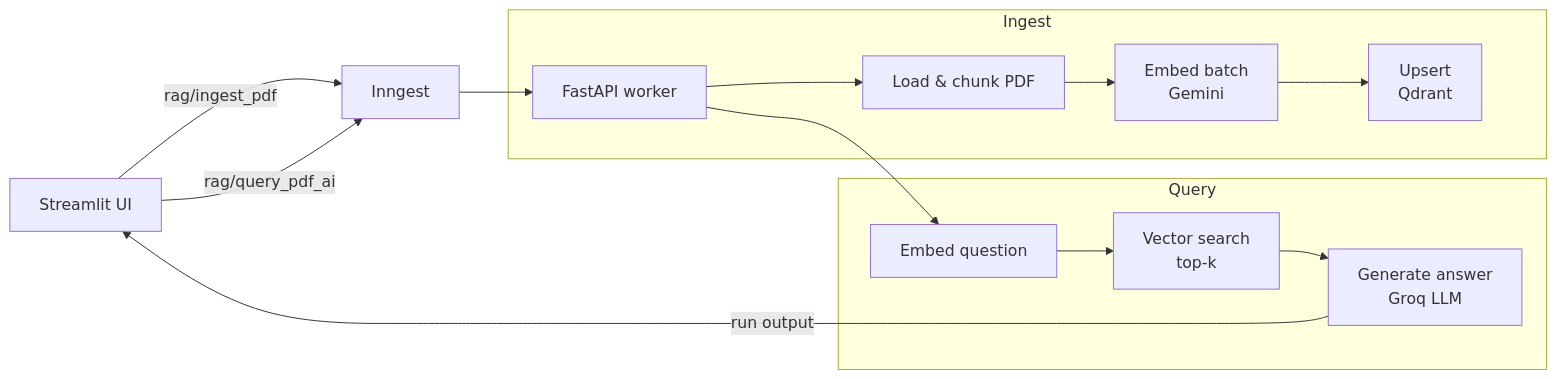
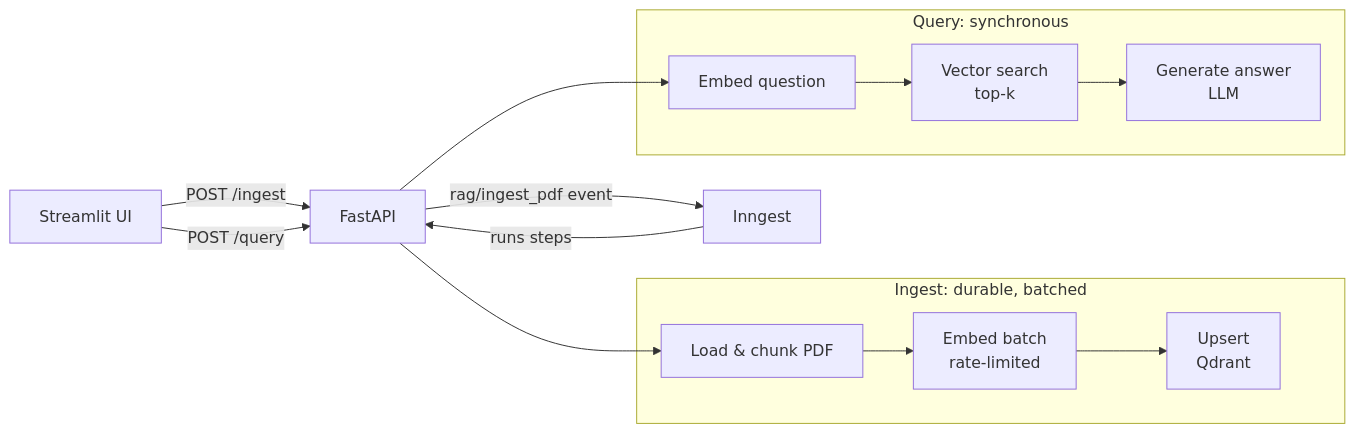
One commit to GiorgosFradelos/RAG_Agent_Prod_Grade changed the diagram in README.md. Above: the diagram before and after it, drawn with Mermaid. The commit also changed other lines of this file and 35 other files, not shown here.

````diff
--- a/README.md
+++ b/README.md
@@ -11,16 +11,18 @@
 ```mermaid
 flowchart LR
-    UI[Streamlit UI] -- rag/ingest_pdf --> INN[Inngest]
-    UI -- rag/query_pdf_ai --> INN
-    INN --> API[FastAPI worker]
+    UI[Streamlit UI] -- POST /ingest --> API[FastAPI]
+    UI -- POST /query --> API
+    API -- rag/ingest_pdf event --> INN[Inngest]
+    INN -- runs steps --> API
 
-    subgraph Ingest
-        API --> L[Load & chunk PDF] --> E[Embed batch<br/>Gemini] --> U[Upsert<br/>Qdrant]
+    subgraph Ingest [Ingest: durable, batched]
+        L[Load & chunk PDF] --> E[Embed batch<br/>rate-limited] --> U[Upsert<br/>Qdrant]
     end
 
-    subgraph Query
-        API --> QE[Embed question] --> S[Vector search<br/>top-k] --> G[Generate answer<br/>Groq LLM]
+    subgraph Query [Query: synchronous]
+        QE[Embed question] --> S[Vector search<br/>top-k] --> G[Generate answer<br/>LLM]
     end
 
-    G -- run output --> UI
+    API --> L
+    API --> QE
 ```
````
